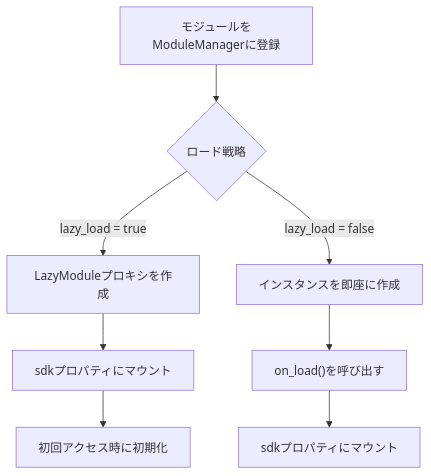
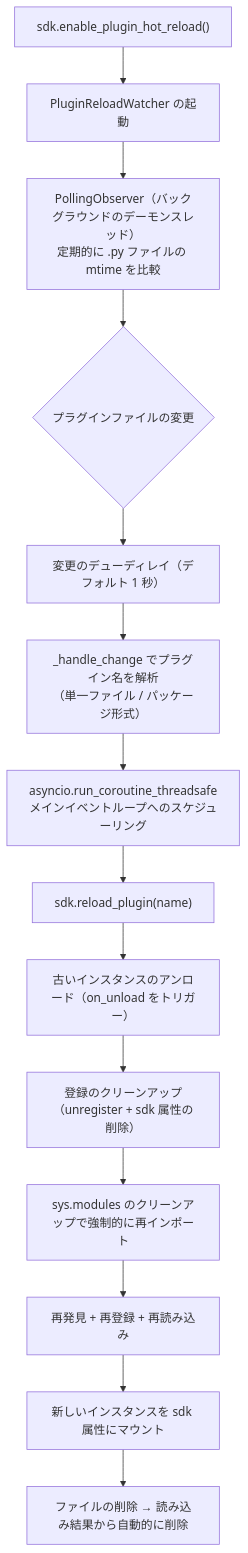
Before and after one commit to ErisPulse/ErisPulse: the seventh of 7 diagrams in docs/ja/architecture.md, drawn with Mermaid. The commit also changed other lines of this file and 251 other files, not shown here.

````diff
--- a/docs/ja/architecture.md
+++ b/docs/ja/architecture.md
@@ -179,10 +267,16 @@
 ```mermaid
 flowchart TD
-    A["モジュールをModuleManagerに登録"] --> B{"ロード戦略"}
-    B -->|"lazy_load = true"| C["LazyModuleプロキシを作成"]
-    C --> D["sdkプロパティにマウント"]
-    D --> E["初回アクセス時に初期化"]
-    B -->|"lazy_load = false"| F["インスタンスを即座に作成"]
-    F --> G["on_load()を呼び出す"]
-    G --> D2["sdkプロパティにマウント"]
+    A["sdk.enable_plugin_hot_reload()"] --> B["PluginReloadWatcher の起動"]
+    B --> C["PollingObserver（バックグラウンドのデーモンスレッド）<br/>定期的に .py ファイルの mtime を比較"]
+    C --> D{"プラグインファイルの変更"}
+    D --> E["変更のデューディレイ（デフォルト 1 秒）"]
+    E --> F["_handle_change でプラグイン名を解析<br/>（単一ファイル / パッケージ形式）"]
+    F --> G["asyncio.run_coroutine_threadsafe<br/>メインイベントループへのスケジューリング"]
+    G --> H["sdk.reload_plugin(name)"]
+    H --> I["古いインスタンスのアンロード（on_unload をトリガー）"]
+    I --> J["登録のクリーンアップ（unregister + sdk 属性の削除）"]
+    J --> K["sys.modules のクリーンアップで強制的に再インポート"]
+    K --> L["再発見 + 再登録 + 再読み込み"]
+    L --> M["新しいインスタンスを sdk 属性にマウント"]
+    M --> N["ファイルの削除 → 読み込み結果から自動的に削除"]
 ```
````
